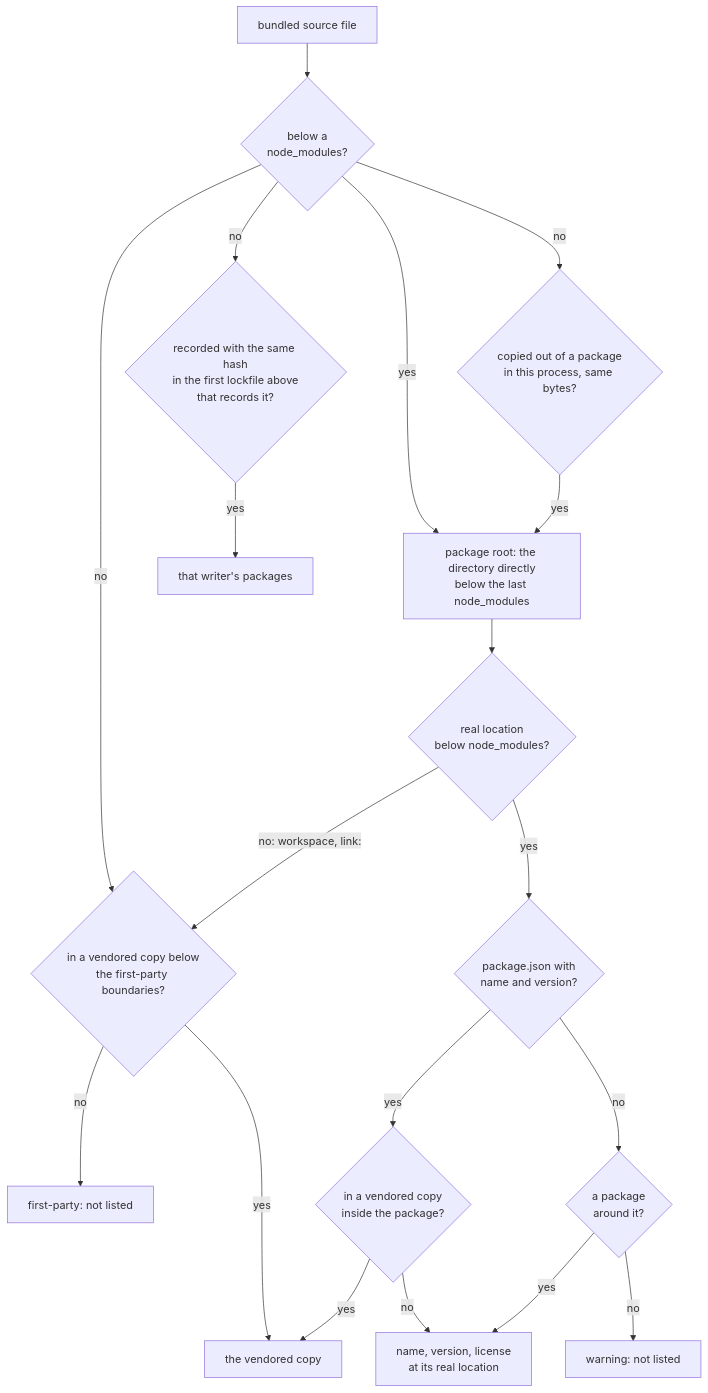
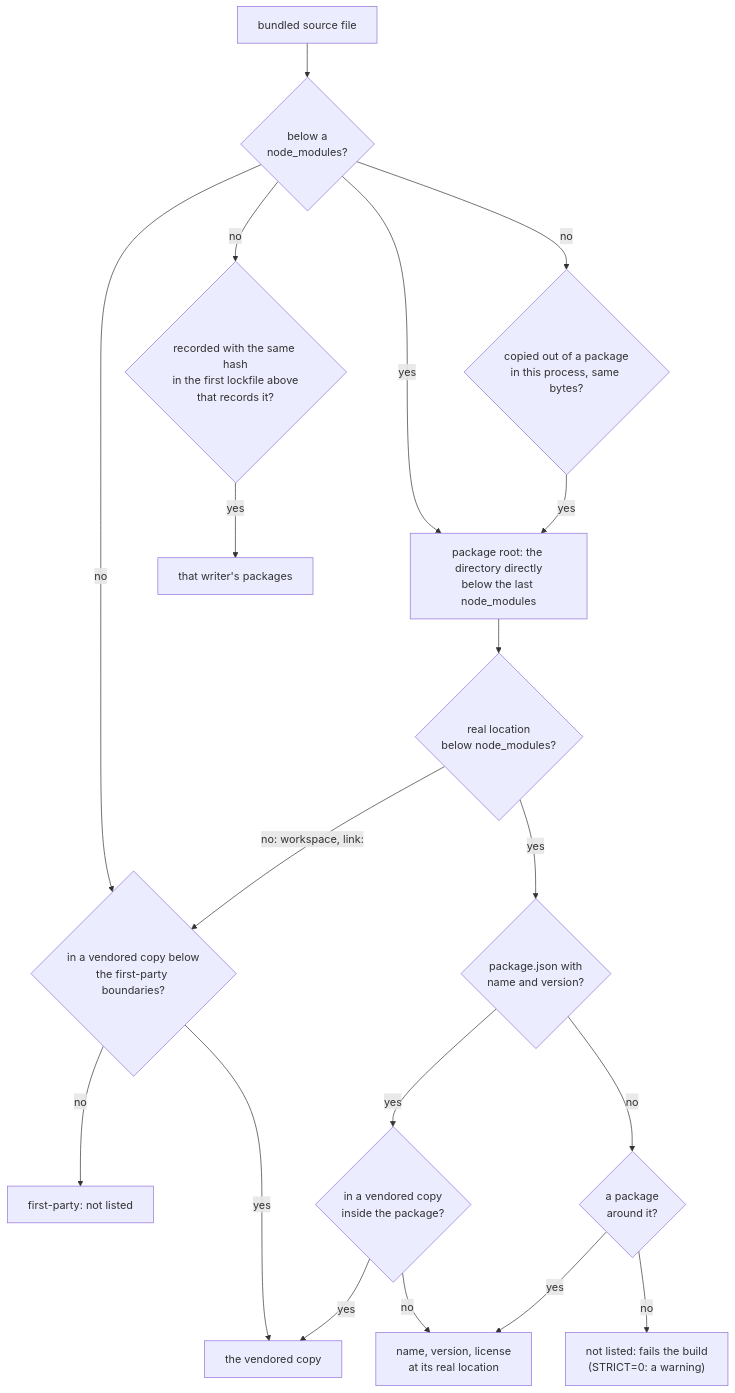
Before and after one commit to toabctl/bundle-lockfile: the fourth of 5 diagrams in docs/internals.md, drawn with Mermaid. The commit also changed other lines of this file and 5 other files, not shown here.

````diff
--- a/docs/internals.md
+++ b/docs/internals.md
@@ -94,22 +96,22 @@
 ```mermaid
 flowchart TD
   file["bundled source file"] --> nm{"below a<br/>node_modules?"}
   nm -- yes --> root["package root: the directory directly<br/>below the last node_modules"]
   nm -- no --> copy{"copied out of a package<br/>in this process, same bytes?"}
   nm -- no --> nested{"recorded with the same hash<br/>in the first lockfile above<br/>that records it?"}
   copy -- yes --> root
   nested -- yes --> theirs["that writer's packages"]
   nm -- no --> vend{"in a vendored copy below<br/>the first-party boundaries?"}
   vend -- yes --> copyof["the vendored copy"]
   vend -- no --> first
   root --> real{"real location<br/>below node_modules?"}
   real -- "no: workspace, link:" --> vend
   real -- yes --> pj{"package.json with<br/>name and version?"}
   pj -- yes --> inner{"in a vendored copy<br/>inside the package?"}
   inner -- yes --> copyof
   inner -- no --> pkg["name, version, license<br/>at its real location"]
   pj -- no --> around{"a package<br/>around it?"}
   around -- yes --> pkg
-  around -- no --> warn["warning: not listed"]
+  around -- no --> warn["not listed: fails the build<br/>(STRICT=0: a warning)"]
   first["first-party: not listed"]
 ```
````
